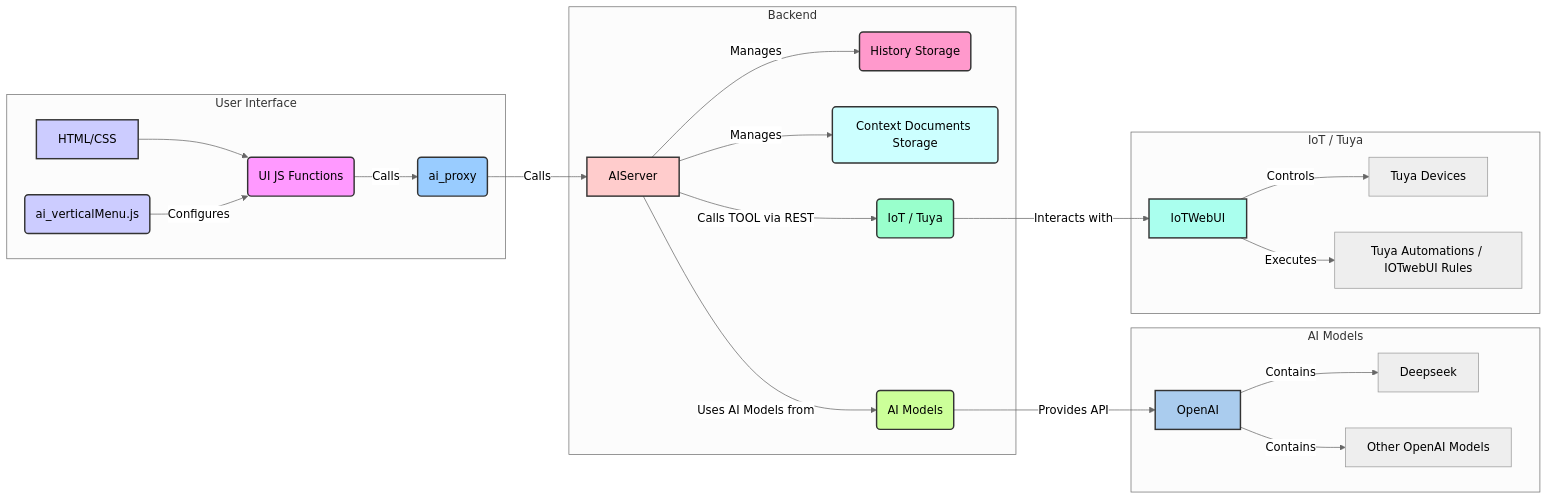
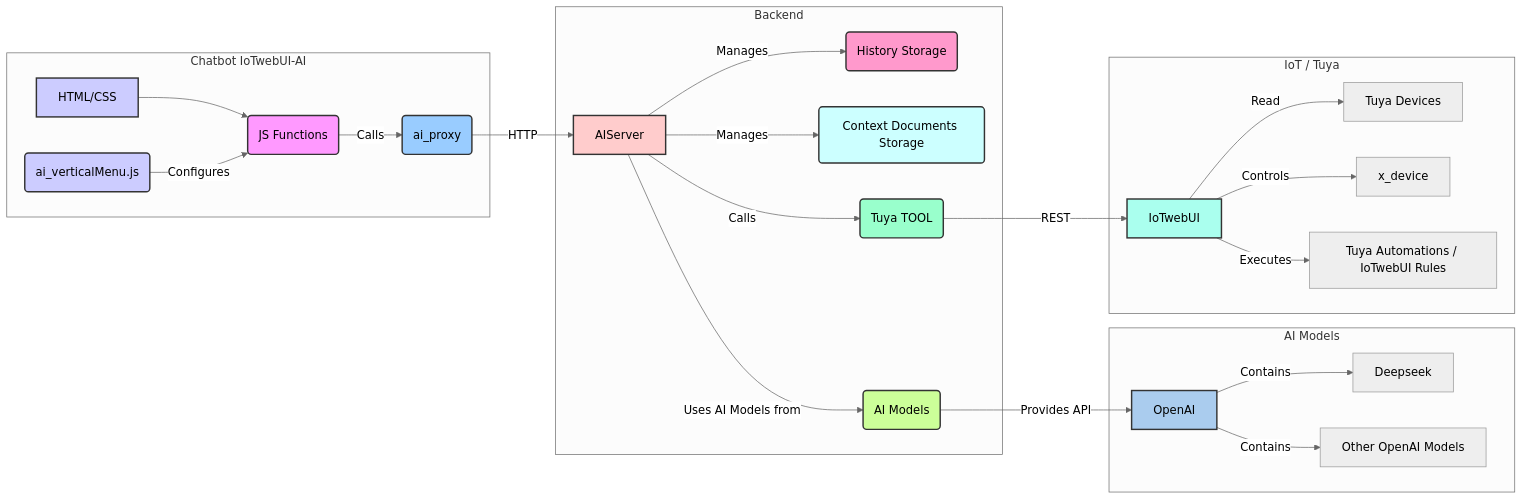
One commit to msillano/IoTwebUI changed the diagram in IOTwebUI-AI/LEGGIMI.md. Above: the diagram before and after it, drawn with Mermaid. The commit also changed other lines of this file, not shown here.

````diff
--- a/IOTwebUI-AI/LEGGIMI.md
+++ b/IOTwebUI-AI/LEGGIMI.md
@@ -11,40 +12,41 @@
 ```mermaid
 %%{init: {'theme': 'neutral'}}%%
 graph LR
-    subgraph User Interface
+    subgraph Chatbot IoTwebUI-AI
         style UI fill:#ccf,stroke:#333,stroke-width:2px
         style UI_JS fill:#f9f,stroke:#333,stroke-width:2px
         style UI_Menu fill:#ccf,stroke:#333,stroke-width:2px
-        UI[HTML/CSS] --> UI_JS(UI JS Functions);
+        UI[HTML/CSS] --> UI_JS(JS Functions);
         UI_Menu(ai_verticalMenu.js) -- Configures --> UI_JS;
         UI_JS -- Calls --> Proxy(ai_proxy);
     end
 
     subgraph Backend
         style Proxy fill:#9cf,stroke:#333,stroke-width:2px
         style AIServer fill:#fcc,stroke:#333,stroke-width:2px
         style HistoryDB fill:#f9c,stroke:#333,stroke-width:2px
         style ContextFiles fill:#cff,stroke:#333,stroke-width:2px
-        Proxy -- Calls --> AIServer;
+        Proxy -- HTTP --> AIServer;
         AIServer -- Uses AI Models from --> AIModels(AI Models);
         AIServer -- Manages --> HistoryDB(History Storage);
         AIServer -- Manages --> ContextFiles(Context Documents Storage);
-        AIServer -- Calls TOOL via REST --> IoT(IoT / Tuya);
+        AIServer -- Calls   --> IoT(Tuya TOOL);
     end
 
     subgraph AI Models
         style AIModels fill:#cf9,stroke:#333,stroke-width:2px
         style OpenAI fill:#ace,stroke:#333,stroke-width:2px
         AIModels -- Provides API --> OpenAI;
         OpenAI -- Contains --> Deepseek;
         OpenAI -- Contains --> GPTModels[Other OpenAI Models];
      end
 
     subgraph IoT / Tuya
         style IoT fill:#9fc,stroke:#333,stroke-width:2px
-        style IoTWebUI fill:#afe,stroke:#333,stroke-width:2px
-        IoT -- Interacts with --> IoTWebUI;
-        IoTWebUI -- Controls --> TuyaDevices[Tuya Devices];
-        IoTWebUI -- Executes --> TuyaAutomations[Tuya Automations / IOTwebUI Rules];
+        style IoTwebUI fill:#afe,stroke:#333,stroke-width:2px
+        IoT -- REST --> IoTwebUI;
+        IoTwebUI -- Read -->     TuyaDevices[Tuya Devices];
+        IoTwebUI -- Controls --> x_device;
+        IoTwebUI -- Executes --> TuyaAutomations[Tuya Automations / IoTwebUI Rules];
     end
 ```
````
